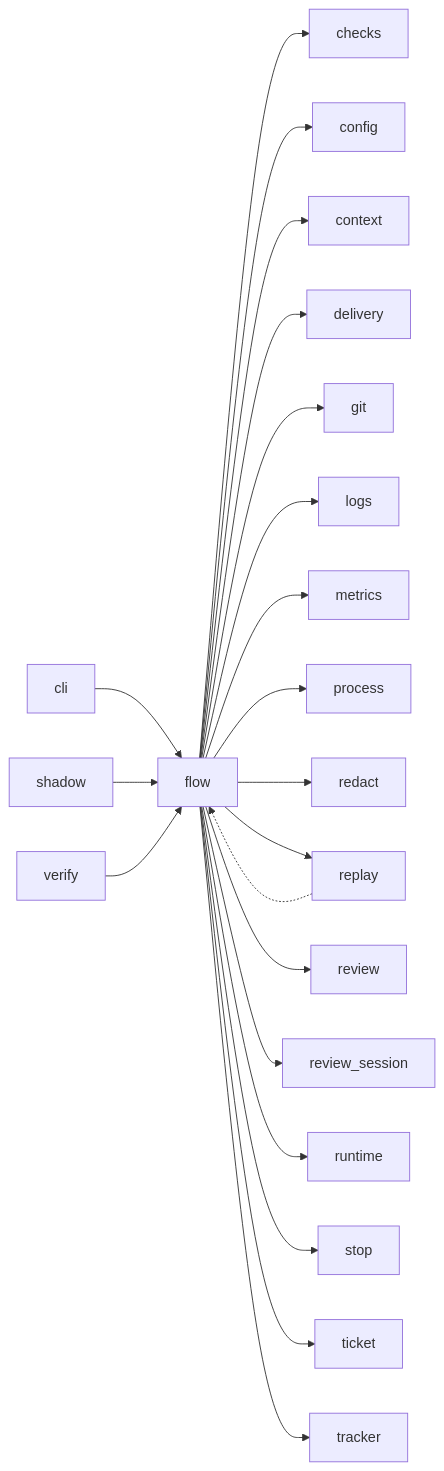
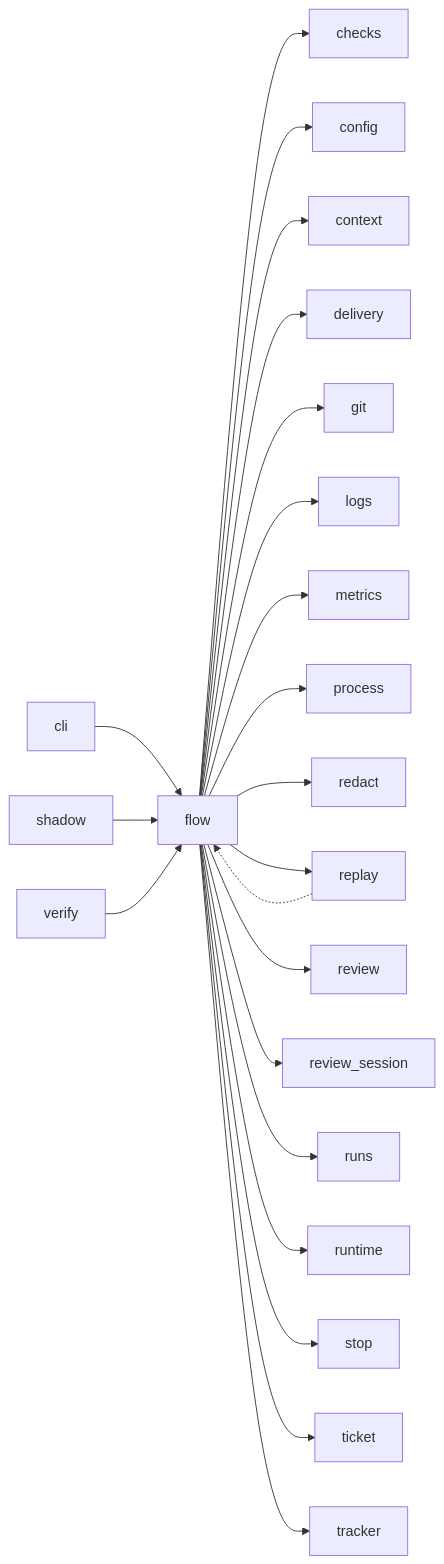
Before and after one commit to plaplanche/ariane: the third of 3 diagrams in docs/architecture/modules/flow.md, drawn with Mermaid. The commit also changed other lines of this file and 12 other files, not shown here.

````diff
--- a/docs/architecture/modules/flow.md
+++ b/docs/architecture/modules/flow.md
@@ -106,23 +110,24 @@
 ```mermaid
 flowchart LR
   cli --> flow
   flow --> checks
   flow --> config
   flow --> context
   flow --> delivery
   flow --> git
   flow --> logs
   flow --> metrics
   flow --> process
   flow --> redact
   flow --> replay
   flow --> review
   flow --> review_session
+  flow --> runs
   flow --> runtime
   flow --> stop
   flow --> ticket
   flow --> tracker
   replay -.-> flow
   shadow --> flow
   verify --> flow
 ```
````
